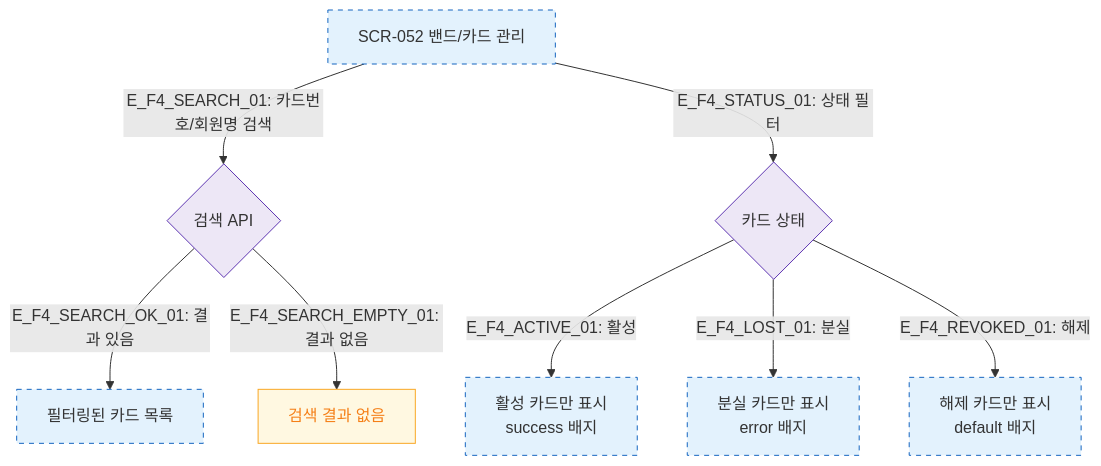
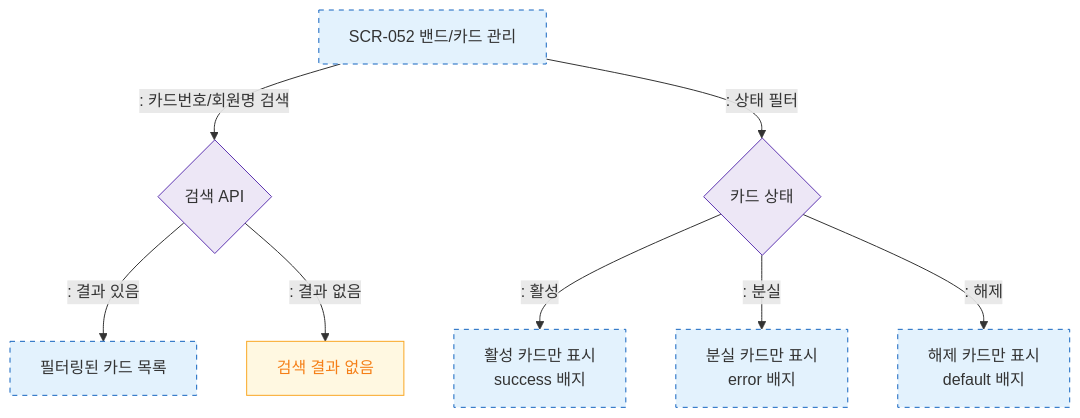
Before and after one commit to dev-spogym/admin-pando: the diagram in docs/다이어그램/D06_시설관리/SCR-052_밴드카드관리/F4_필터검색정렬.md, drawn with Mermaid. The commit also changed other lines of this file and 1660 other files, not shown here.

First line of the commit message:
다이어그램: 기획자/클라이언트 납품본으로 정리

````diff
--- a/docs/다이어그램/D06_시설관리/SCR-052_밴드카드관리/F4_필터검색정렬.md
+++ b/docs/다이어그램/D06_시설관리/SCR-052_밴드카드관리/F4_필터검색정렬.md
@@ -16,20 +14,20 @@
 ```mermaid
 flowchart TD
     SCR_052[SCR-052 밴드/카드 관리]
 
-    SCR_052 -->|"E_F4_SEARCH_01: 카드번호/회원명 검색"| SearchAPI{검색 API}
-    SearchAPI -->|"E_F4_SEARCH_OK_01: 결과 있음"| SearchResult[필터링된 카드 목록]
-    SearchAPI -->|"E_F4_SEARCH_EMPTY_01: 결과 없음"| SearchEmpty[검색 결과 없음]
+    SCR_052 -->|": 카드번호/회원명 검색"|SearchAPI{검색 API}
+    SearchAPI -->|": 결과 있음"|SearchResult[필터링된 카드 목록]
+    SearchAPI -->|": 결과 없음"|SearchEmpty[검색 결과 없음]
 
-    SCR_052 -->|"E_F4_STATUS_01: 상태 필터"| StatusFilter{카드 상태}
-    StatusFilter -->|"E_F4_ACTIVE_01: 활성"| ActiveList[활성 카드만 표시\nsuccess 배지]
-    StatusFilter -->|"E_F4_LOST_01: 분실"| LostList[분실 카드만 표시\nerror 배지]
-    StatusFilter -->|"E_F4_REVOKED_01: 해제"| RevokedList[해제 카드만 표시\ndefault 배지]
+    SCR_052 -->|": 상태 필터"|StatusFilter{카드 상태}
+    StatusFilter -->|": 활성"|ActiveList[활성 카드만 표시\nsuccess 배지]
+    StatusFilter -->|": 분실"|LostList[분실 카드만 표시\nerror 배지]
+    StatusFilter -->|": 해제"|RevokedList[해제 카드만 표시\ndefault 배지]
 
     classDef screen fill:#E3F2FD,stroke:#1565C0,stroke-dasharray:5 5
     classDef warning fill:#FFF8E1,stroke:#F9A825,color:#F57F17
     classDef system fill:#EDE7F6,stroke:#5E35B2
     class SCR_052,SearchResult,ActiveList,LostList,RevokedList screen
     class SearchEmpty warning
     class SearchAPI,StatusFilter system
 ```
````
